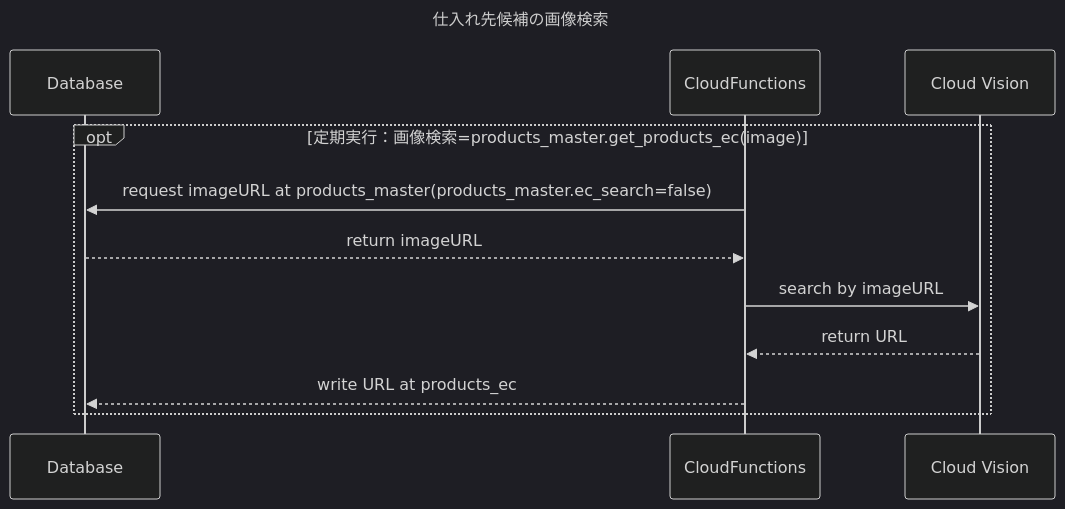
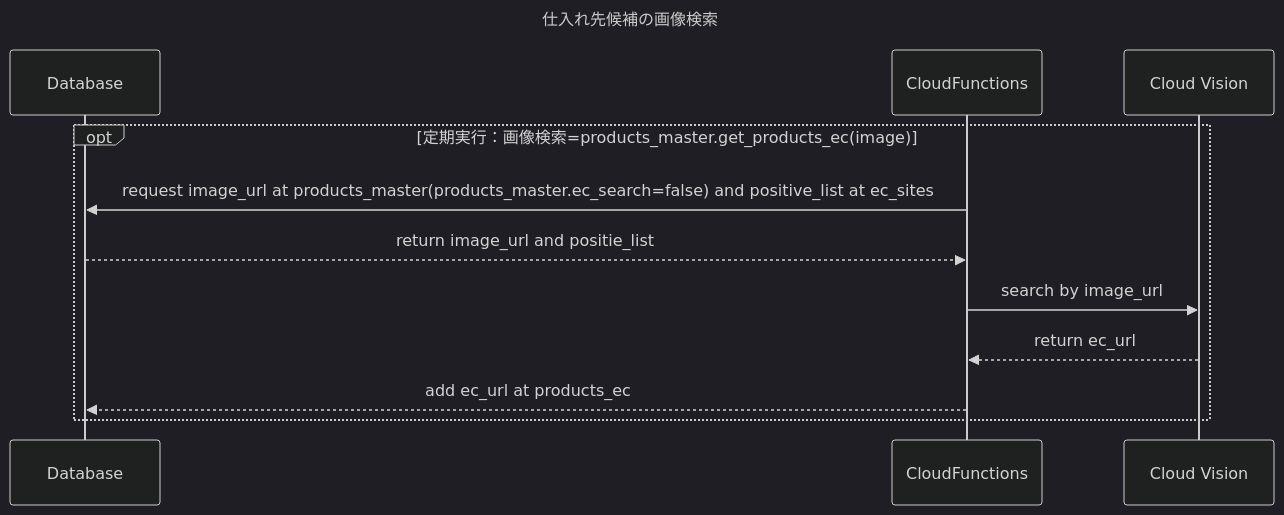
The diagram in SQ/research_SQ_image_search.md (Hanato238/ASIN_search_dev), drawn with Mermaid (dark theme) before and after one commit. The commit also changed 14 other files, not shown here.

````diff
--- a/SQ/research_SQ_image_search.md
+++ b/SQ/research_SQ_image_search.md
@@ -1,16 +1,16 @@
 ```mermaid
 ---
 title: '仕入れ先候補の画像検索'
 ---
 sequenceDiagram
     participant db as Database
     participant cf as CloudFunctions
     participant cvapi as Cloud Vision
         opt 定期実行：画像検索=products_master.get_products_ec(image)
-            cf ->> db : request imageURL at products_master(products_master.ec_search=false)
-            db -->> cf : return imageURL
-            cf ->> cvapi : search by imageURL
-            cvapi -->> cf : return URL
-            cf -->> db : write URL at products_ec
+            cf ->> db : request image_url at products_master(products_master.ec_search=false) and positive_list at ec_sites
+            db -->> cf : return image_url and positie_list
+            cf ->> cvapi : search by image_url
+            cvapi -->> cf : return ec_url
+            cf -->> db : add ec_url at products_ec
         end
 ```
````
